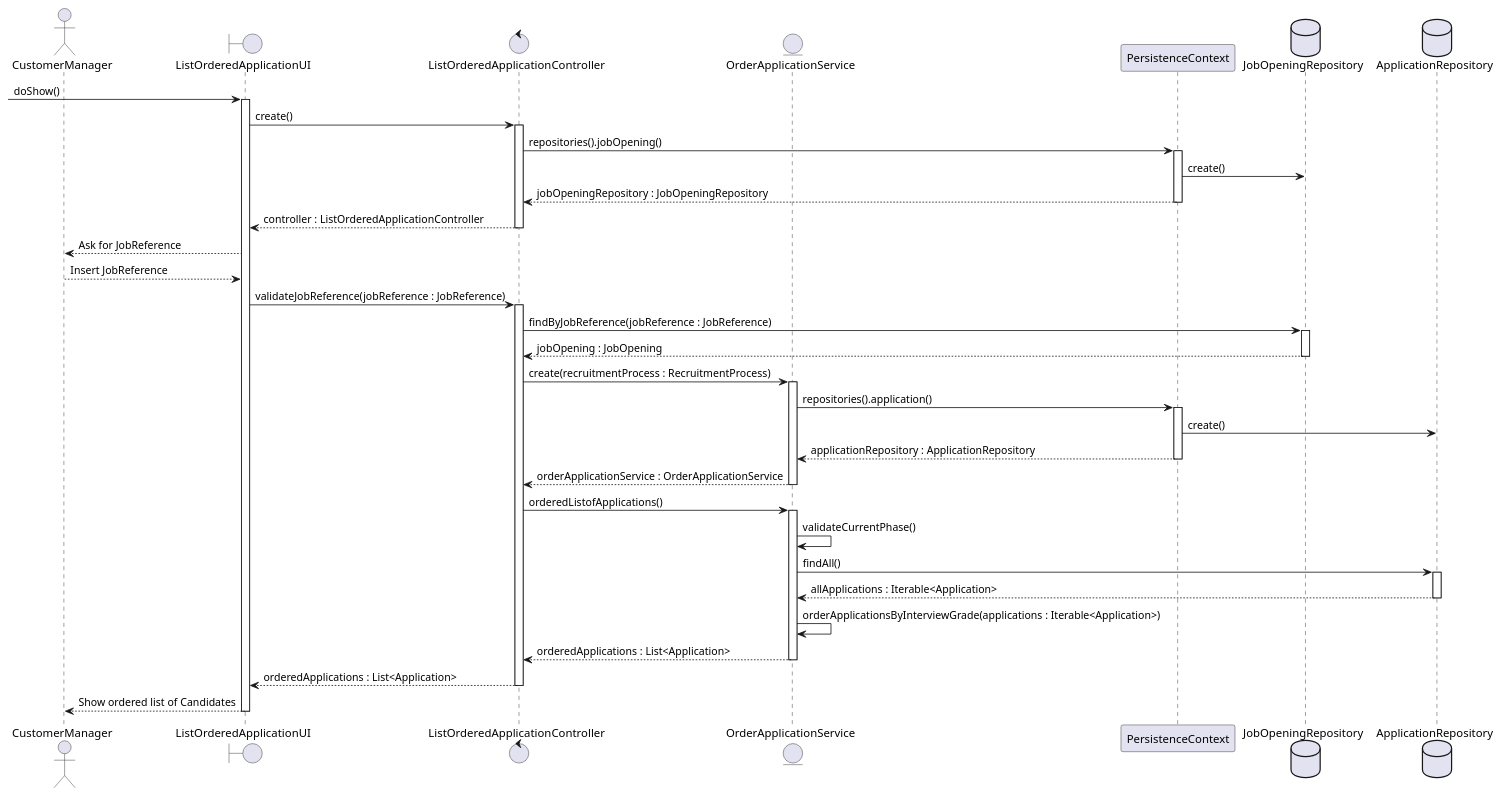
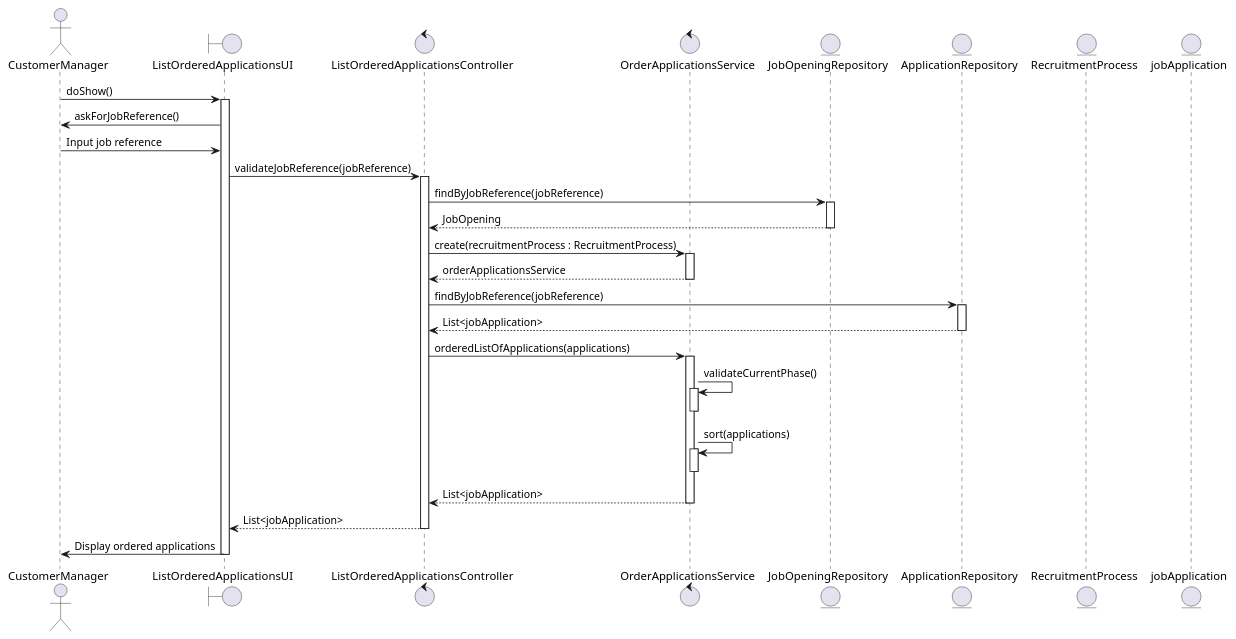
Before and after one commit to Mendoncaa/LAPR4: the diagram in docs/sprintC/US1019/03.design/puml/SD.puml, drawn with PlantUML. The commit also changed 7 other files, not shown here.

```diff
--- a/docs/sprintC/US1019/03.design/puml/SD.puml
+++ b/docs/sprintC/US1019/03.design/puml/SD.puml
@@ -1,52 +1,55 @@
-@startuml SequenceDiagram
+@startuml
 actor CustomerManager
-boundary ListOrderedApplicationUI
-control ListOrderedApplicationController
-entity OrderApplicationService
-participant PersistenceContext
-database JobOpeningRepository
-database ApplicationRepository
+boundary ListOrderedApplicationsUI
+control ListOrderedApplicationsController
+control OrderApplicationsService
+entity JobOpeningRepository
+entity ApplicationRepository
+entity RecruitmentProcess
+entity jobApplication
 
--> ListOrderedApplicationUI : doShow()
-activate ListOrderedApplicationUI
-ListOrderedApplicationUI -> ListOrderedApplicationController : create()
-activate ListOrderedApplicationController
-ListOrderedApplicationController -> PersistenceContext : repositories().jobOpening()
-activate PersistenceContext
-PersistenceContext -> JobOpeningRepository : create()
-PersistenceContext --> ListOrderedApplicationController : jobOpeningRepository : JobOpeningRepository
-deactivate PersistenceContext
-ListOrderedApplicationController --> ListOrderedApplicationUI : controller : ListOrderedApplicationController
-deactivate ListOrderedApplicationController
-ListOrderedApplicationUI --> CustomerManager : Ask for JobReference
-CustomerManager --> ListOrderedApplicationUI : Insert JobReference
-ListOrderedApplicationUI -> ListOrderedApplicationController : validateJobReference(jobReference : JobReference)
-activate ListOrderedApplicationController
-ListOrderedApplicationController -> JobOpeningRepository : findByJobReference(jobReference : JobReference)
+CustomerManager -> ListOrderedApplicationsUI: doShow()
+activate ListOrderedApplicationsUI
+
+ListOrderedApplicationsUI -> CustomerManager: askForJobReference()
+CustomerManager -> ListOrderedApplicationsUI: Input job reference
+
+ListOrderedApplicationsUI -> ListOrderedApplicationsController: validateJobReference(jobReference)
+activate ListOrderedApplicationsController
+
+ListOrderedApplicationsController -> JobOpeningRepository: findByJobReference(jobReference)
 activate JobOpeningRepository
-JobOpeningRepository --> ListOrderedApplicationController : jobOpening : JobOpening
+JobOpeningRepository --> ListOrderedApplicationsController: JobOpening
 deactivate JobOpeningRepository
-ListOrderedApplicationController -> OrderApplicationService : create(recruitmentProcess : RecruitmentProcess)
-activate OrderApplicationService
-OrderApplicationService -> PersistenceContext : repositories().application()
-activate PersistenceContext
-PersistenceContext -> ApplicationRepository : create()
-PersistenceContext --> OrderApplicationService : applicationRepository : ApplicationRepository
-deactivate PersistenceContext
-OrderApplicationService --> ListOrderedApplicationController : orderApplicationService : OrderApplicationService
-deactivate OrderApplicationService
-ListOrderedApplicationController -> OrderApplicationService : orderedListofApplications()
-activate OrderApplicationService
-OrderApplicationService -> OrderApplicationService : validateCurrentPhase()
-OrderApplicationService -> ApplicationRepository : findAll()
+
+
+ListOrderedApplicationsController -> OrderApplicationsService: create(recruitmentProcess : RecruitmentProcess)
+activate OrderApplicationsService
+OrderApplicationsService --> ListOrderedApplicationsController: orderApplicationsService
+deactivate OrderApplicationsService
+
+ListOrderedApplicationsController -> ApplicationRepository: findByJobReference(jobReference)
 activate ApplicationRepository
-ApplicationRepository --> OrderApplicationService : allApplications : Iterable<Application>
+ApplicationRepository --> ListOrderedApplicationsController: List<jobApplication>
 deactivate ApplicationRepository
-OrderApplicationService -> OrderApplicationService : orderApplicationsByInterviewGrade(applications : Iterable<Application>)
-OrderApplicationService --> ListOrderedApplicationController : orderedApplications : List<Application>
-deactivate OrderApplicationService
-ListOrderedApplicationController --> ListOrderedApplicationUI : orderedApplications : List<Application>
-deactivate ListOrderedApplicationController
-ListOrderedApplicationUI --> CustomerManager : Show ordered list of Candidates
-deactivate ListOrderedApplicationUI
+
+ListOrderedApplicationsController -> OrderApplicationsService: orderedListOfApplications(applications)
+activate OrderApplicationsService
+
+
+OrderApplicationsService -> OrderApplicationsService: validateCurrentPhase()
+activate OrderApplicationsService
+deactivate OrderApplicationsService
+OrderApplicationsService -> OrderApplicationsService: sort(applications)
+activate OrderApplicationsService
+deactivate OrderApplicationsService
+OrderApplicationsService --> ListOrderedApplicationsController: List<jobApplication>
+deactivate OrderApplicationsService
+
+ListOrderedApplicationsController --> ListOrderedApplicationsUI: List<jobApplication>
+deactivate ListOrderedApplicationsController
+
+
+ListOrderedApplicationsUI -> CustomerManager: Display ordered applications
+deactivate ListOrderedApplicationsUI
 @enduml
```
